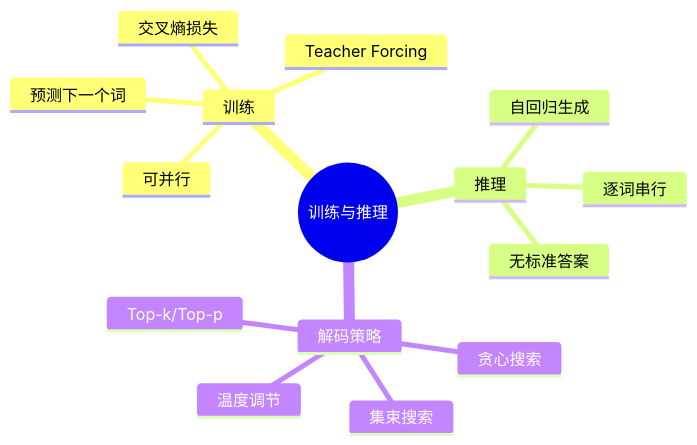
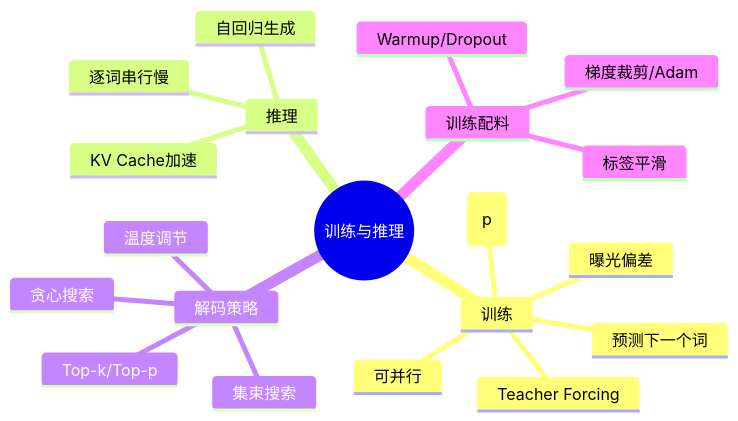
One commit to zerioo1970/summary changed diagram 13 of 13 in transformer-学习资料/第08章-训练与推理.md. Above: the diagram before and after it, drawn with Mermaid. The commit also changed other lines of this file and 6 other files, not shown here.

Commit message:
大幅扩写第1、2、8-12章:新增导览/数值示例/深入原理/FAQ/更多图解

````diff
--- a/transformer-学习资料/第08章-训练与推理.md
+++ b/transformer-学习资料/第08章-训练与推理.md
@@ -155,18 +326,23 @@
 ```mermaid
 mindmap
   root((训练与推理))
     训练
       预测下一个词
-      交叉熵损失
+      交叉熵-log(p)
       Teacher Forcing
       可并行
+      曝光偏差
     推理
       自回归生成
-      逐词串行
-      无标准答案
+      逐词串行慢
+      KV Cache加速
     解码策略
       贪心搜索
       集束搜索
       Top-k/Top-p
       温度调节
+    训练配料
+      Warmup/Dropout
+      标签平滑
+      梯度裁剪/Adam
 ```
````
